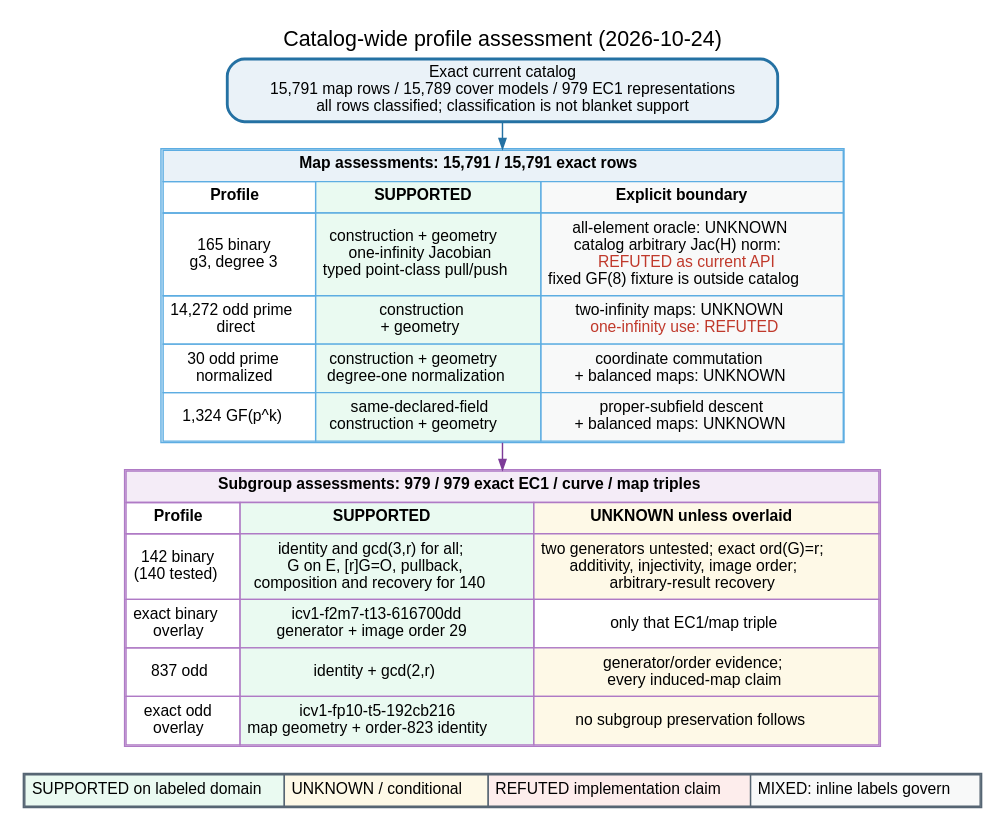
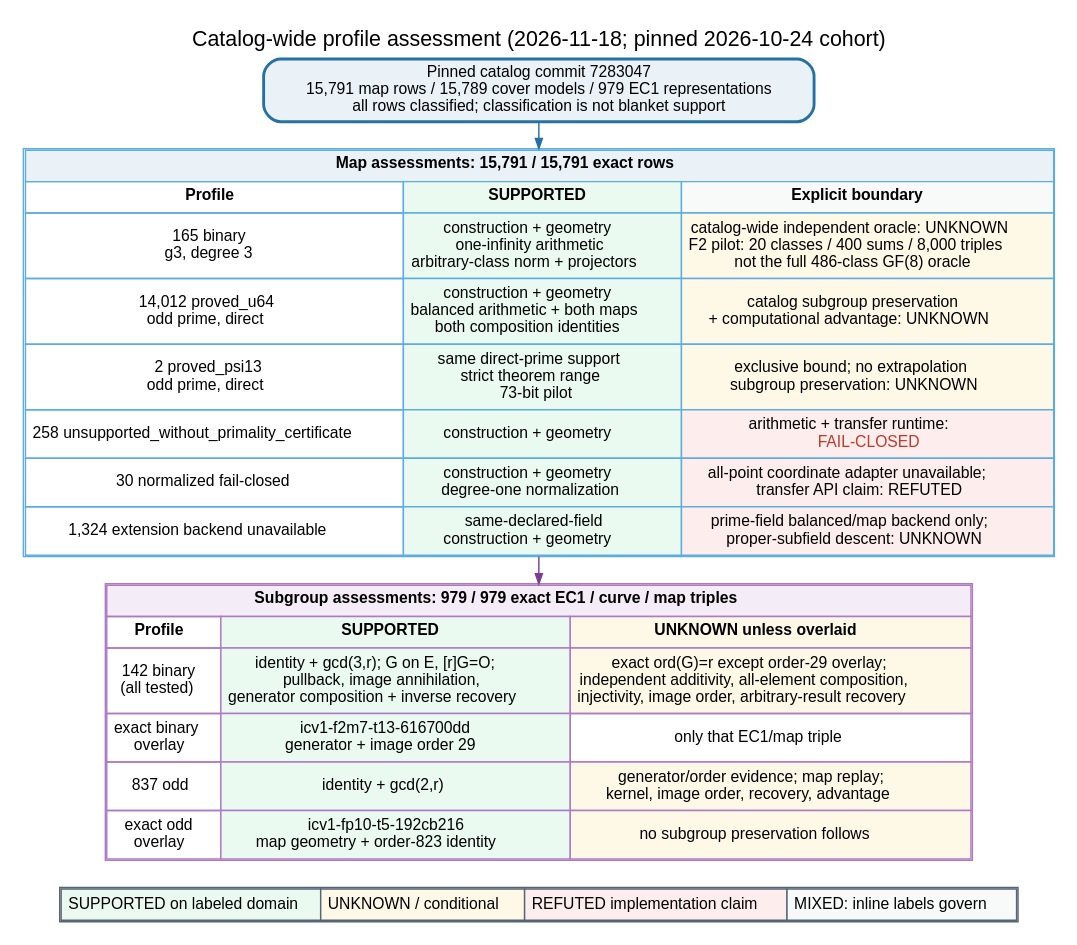
The diagram in research/cover_transfer_assessment_20261013/typed_correspondence.dot (isogeny-labs/crypto), drawn with Graphviz before and after one commit. The commit also changed 25 other files, not shown here.

```diff
--- a/research/cover_transfer_assessment_20261013/typed_correspondence.dot
+++ b/research/cover_transfer_assessment_20261013/typed_correspondence.dot
@@ -1,64 +1,66 @@
 // cover-transfer-assessments/v2; catalog_maps=15791; unique_cover_models=15789; geometry_verified_maps=15791; ec1_representations=979; assessed_maps=15791; unassessed_maps=0; assessed_subgroups=979; unassessed_subgroups=0
 digraph cover_transfer_assessment {
   graph [
     rankdir=TB,
     bgcolor="white",
     pad="0.12",
     nodesep="0.20",
     ranksep="0.26",
     fontname="Helvetica",
     fontsize=15,
     labelloc="t",
-    label="Catalog-wide profile assessment (2026-10-24)"
+    label="Catalog-wide profile assessment (2026-11-18; pinned 2026-10-24 cohort)"
   ];
   node [shape=box, style="rounded,filled", fillcolor="white", color="#34495e", fontname="Helvetica", fontsize=11];
   edge [fontname="Helvetica", fontsize=9, color="#34495e", arrowsize=0.7];
 
   catalog [
-    label="Exact current catalog\n15,791 map rows / 15,789 cover models / 979 EC1 representations\nall rows classified; classification is not blanket support",
+    label="Pinned catalog commit 7283047\n15,791 map rows / 15,789 cover models / 979 EC1 representations\nall rows classified; classification is not blanket support",
     fillcolor="#eaf2f8",
     color="#2471a3",
     penwidth=2
   ];
 
   maps [
     shape=plain,
     label=<
       <TABLE BORDER="1" CELLBORDER="1" CELLSPACING="0" CELLPADDING="4" COLOR="#5dade2">
         <TR><TD COLSPAN="3" BGCOLOR="#eaf2f8"><B>Map assessments: 15,791 / 15,791 exact rows</B></TD></TR>
         <TR><TD><B>Profile</B></TD><TD BGCOLOR="#eafaf1"><B>SUPPORTED</B></TD><TD BGCOLOR="#f8f9f9"><B>Explicit boundary</B></TD></TR>
-        <TR><TD>165 binary<BR/>g3, degree 3</TD><TD BGCOLOR="#eafaf1">construction + geometry<BR/>one-infinity Jacobian<BR/>typed point-class pull/push</TD><TD BGCOLOR="#f8f9f9">all-element oracle: UNKNOWN<BR/>catalog arbitrary Jac(H) norm:<BR/><FONT COLOR="#c0392b">REFUTED as current API</FONT><BR/>fixed GF(8) fixture is outside catalog</TD></TR>
-        <TR><TD>14,272 odd prime<BR/>direct</TD><TD BGCOLOR="#eafaf1">construction<BR/>+ geometry</TD><TD BGCOLOR="#f8f9f9">two-infinity maps: UNKNOWN<BR/><FONT COLOR="#c0392b">one-infinity use: REFUTED</FONT></TD></TR>
-        <TR><TD>30 odd prime<BR/>normalized</TD><TD BGCOLOR="#eafaf1">construction + geometry<BR/>degree-one normalization</TD><TD BGCOLOR="#f8f9f9">coordinate commutation<BR/>+ balanced maps: UNKNOWN</TD></TR>
-        <TR><TD>1,324 GF(p^k)</TD><TD BGCOLOR="#eafaf1">same-declared-field<BR/>construction + geometry</TD><TD BGCOLOR="#f8f9f9">proper-subfield descent<BR/>+ balanced maps: UNKNOWN</TD></TR>
+        <TR><TD>165 binary<BR/>g3, degree 3</TD><TD BGCOLOR="#eafaf1">construction + geometry<BR/>one-infinity arithmetic<BR/>arbitrary-class norm + projectors</TD><TD BGCOLOR="#fef9e7">catalog-wide independent oracle: UNKNOWN<BR/>F2 pilot: 20 classes / 400 sums / 8,000 triples<BR/>not the full 486-class GF(8) oracle</TD></TR>
+        <TR><TD>14,012 proved_u64<BR/>odd prime, direct</TD><TD BGCOLOR="#eafaf1">construction + geometry<BR/>balanced arithmetic + both maps<BR/>both composition identities</TD><TD BGCOLOR="#fef9e7">catalog subgroup preservation<BR/>+ computational advantage: UNKNOWN</TD></TR>
+        <TR><TD>2 proved_psi13<BR/>odd prime, direct</TD><TD BGCOLOR="#eafaf1">same direct-prime support<BR/>strict theorem range<BR/>73-bit pilot</TD><TD BGCOLOR="#fef9e7">exclusive bound; no extrapolation<BR/>subgroup preservation: UNKNOWN</TD></TR>
+        <TR><TD>258 unsupported_without_primality_certificate</TD><TD BGCOLOR="#eafaf1">construction + geometry</TD><TD BGCOLOR="#fdedec">arithmetic + transfer runtime:<BR/><FONT COLOR="#c0392b">FAIL-CLOSED</FONT></TD></TR>
+        <TR><TD>30 normalized fail-closed</TD><TD BGCOLOR="#eafaf1">construction + geometry<BR/>degree-one normalization</TD><TD BGCOLOR="#fdedec">all-point coordinate adapter unavailable;<BR/>transfer API claim: REFUTED</TD></TR>
+        <TR><TD>1,324 extension backend unavailable</TD><TD BGCOLOR="#eafaf1">same-declared-field<BR/>construction + geometry</TD><TD BGCOLOR="#fdedec">prime-field balanced/map backend only;<BR/>proper-subfield descent: UNKNOWN</TD></TR>
       </TABLE>
     >
   ];
 
   subgroups [
     shape=plain,
     label=<
       <TABLE BORDER="1" CELLBORDER="1" CELLSPACING="0" CELLPADDING="4" COLOR="#af7ac5">
         <TR><TD COLSPAN="3" BGCOLOR="#f4ecf7"><B>Subgroup assessments: 979 / 979 exact EC1 / curve / map triples</B></TD></TR>
         <TR><TD><B>Profile</B></TD><TD BGCOLOR="#eafaf1"><B>SUPPORTED</B></TD><TD BGCOLOR="#fef9e7"><B>UNKNOWN unless overlaid</B></TD></TR>
-        <TR><TD>142 binary<BR/>(140 tested)</TD><TD BGCOLOR="#eafaf1">identity and gcd(3,r) for all;<BR/>G on E, [r]G=O, pullback,<BR/>composition and recovery for 140</TD><TD BGCOLOR="#fef9e7">two generators untested; exact ord(G)=r;<BR/>additivity, injectivity, image order;<BR/>arbitrary-result recovery</TD></TR>
+        <TR><TD>142 binary<BR/>(all tested)</TD><TD BGCOLOR="#eafaf1">identity + gcd(3,r); G on E, [r]G=O;<BR/>pullback, image annihilation,<BR/>generator composition + inverse recovery</TD><TD BGCOLOR="#fef9e7">exact ord(G)=r except order-29 overlay;<BR/>independent additivity, all-element composition,<BR/>injectivity, image order, arbitrary-result recovery</TD></TR>
         <TR><TD>exact binary<BR/>overlay</TD><TD BGCOLOR="#eafaf1">icv1-f2m7-t13-616700dd<BR/>generator + image order 29</TD><TD>only that EC1/map triple</TD></TR>
-        <TR><TD>837 odd</TD><TD BGCOLOR="#eafaf1">identity + gcd(2,r)</TD><TD BGCOLOR="#fef9e7">generator/order evidence;<BR/>every induced-map claim</TD></TR>
+        <TR><TD>837 odd</TD><TD BGCOLOR="#eafaf1">identity + gcd(2,r)</TD><TD BGCOLOR="#fef9e7">generator/order evidence; map replay;<BR/>kernel, image order, recovery, advantage</TD></TR>
         <TR><TD>exact odd<BR/>overlay</TD><TD BGCOLOR="#eafaf1">icv1-fp10-t5-192cb216<BR/>map geometry + order-823 identity</TD><TD BGCOLOR="#fef9e7">no subgroup preservation follows</TD></TR>
       </TABLE>
     >
   ];
 
   legend [
     shape=plain,
     label=<
       <TABLE BORDER="1" CELLBORDER="1" CELLSPACING="0" CELLPADDING="4" COLOR="#566573">
         <TR><TD BGCOLOR="#eafaf1">SUPPORTED on labeled domain</TD><TD BGCOLOR="#fef9e7">UNKNOWN / conditional</TD><TD BGCOLOR="#fdedec">REFUTED implementation claim</TD><TD BGCOLOR="#f8f9f9">MIXED: inline labels govern</TD></TR>
       </TABLE>
     >
   ];
 
   catalog -> maps [color="#2471a3"];
   maps -> subgroups [color="#7d3c98"];
   subgroups -> legend [style="invis", weight=80];
 }
```
